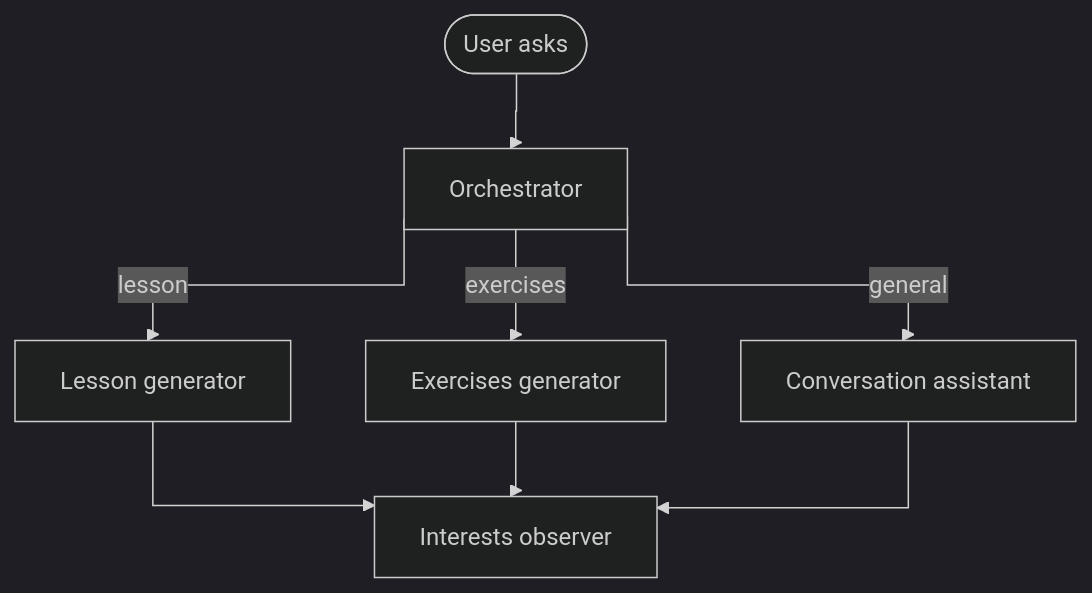
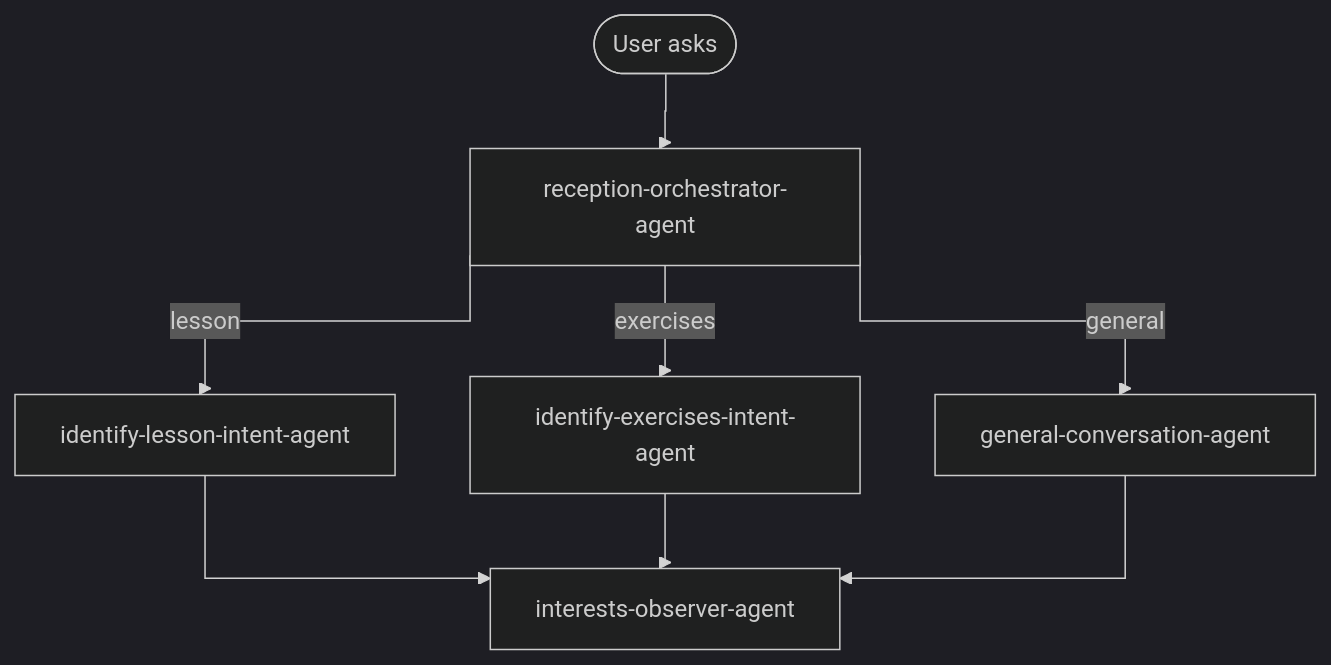
One commit to patopitaluga/gio-system changed the diagram in README.md. Above: the diagram before and after it, drawn with Mermaid (dark theme). The commit also changed other lines of this file and 35 other files, not shown here.

Commit message:
Improved architecture

````diff
--- a/README.md
+++ b/README.md
@@ -186,22 +182,22 @@
 ```mermaid
 ---
 config:
   flowchart:
     curve: stepBefore
 ---
 flowchart TD
   User([User asks])
-  Orch[Orchestrator]
-  Lesson[Lesson generator]
-  Exercises[Exercises generator]
-  Conversation[Conversation assistant]
-  Interests[Interests observer]
+  Orch[reception-orchestrator-agent]
+  Lesson[identify-lesson-intent-agent]
+  Exercises[identify-exercises-intent-agent]
+  Conversation[general-conversation-agent]
+  Interests[interests-observer-agent]
 
   User --> Orch
   Orch -->|lesson| Lesson
   Orch -->|exercises| Exercises
   Orch -->|general| Conversation
   Lesson --> Interests
   Exercises --> Interests
   Conversation --> Interests
 ```
````
